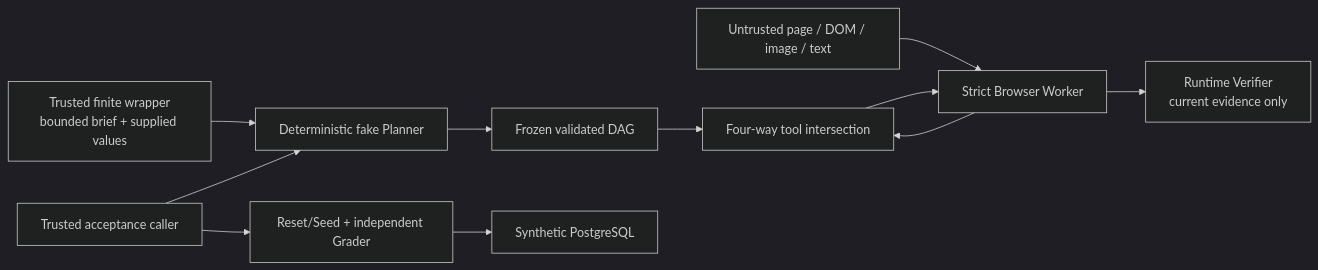
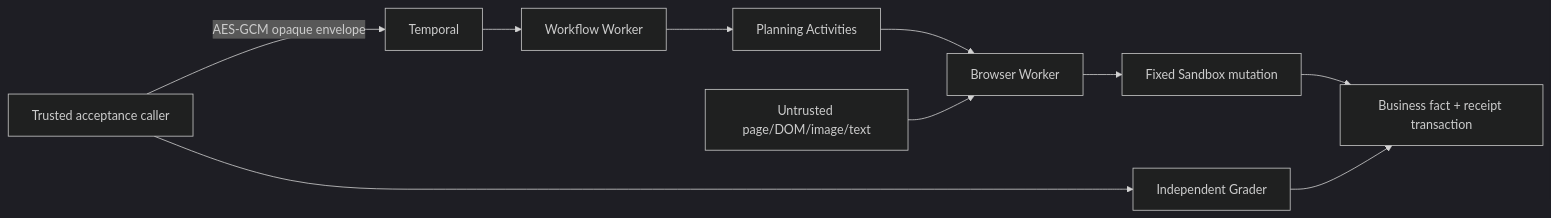
The diagram in docs/threat-model.md (taka-wzx/flowpilot-arena), drawn with Mermaid (dark theme) before and after one commit. The commit also changed other lines of this file and 66 other files, not shown here.

```diff
--- a/docs/threat-model.md
+++ b/docs/threat-model.md
@@ -16,13 +12,12 @@
 ~~~mermaid
 flowchart LR
-    Brief["Trusted finite wrapper<br/>bounded brief + supplied values"] --> Planner["Deterministic fake Planner"]
-    Page["Untrusted page / DOM / image / text"] --> Worker["Strict Browser Worker"]
-    Planner --> DAG["Frozen validated DAG"]
-    DAG --> Matcher["Four-way tool intersection"]
-    Worker --> Matcher
-    Matcher --> Worker
-    Worker --> Verifier["Runtime Verifier<br/>current evidence only"]
-    Caller["Trusted acceptance caller"] --> Arena["Reset/Seed + independent Grader"]
-    Caller --> Planner
-    Arena --> DB["Synthetic PostgreSQL"]
+    Caller["Trusted acceptance caller"] -->|"AES-GCM opaque envelope"| Temporal["Temporal"]
+    Temporal --> Recovery["Workflow Worker"]
+    Recovery --> Planning["Planning Activities"]
+    Planning --> Browser["Browser Worker"]
+    Page["Untrusted page/DOM/image/text"] --> Browser
+    Browser --> Sandbox["Fixed Sandbox mutation"]
+    Sandbox --> DB["Business fact + receipt transaction"]
+    Caller --> Grader["Independent Grader"]
+    Grader --> DB
 ~~~
```
